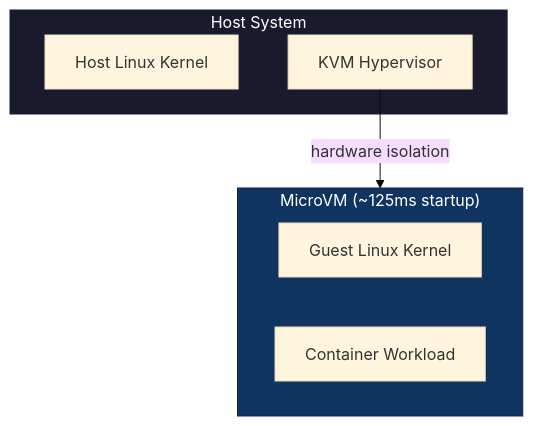
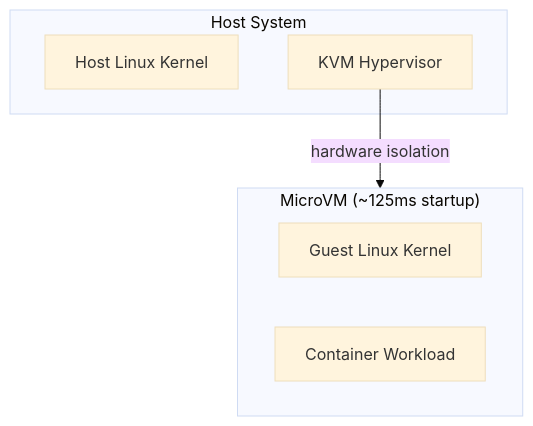
One commit to novotnyllc/ContainAI changed the seventh of 8 diagrams in docs/security-comparison.md. Above: the diagram before and after it, drawn with Mermaid (base theme). The commit also changed other lines of this file and 14 other files, not shown here.

````diff
--- a/docs/security-comparison.md
+++ b/docs/security-comparison.md
@@ -332,17 +317,15 @@
 ```mermaid
 flowchart TB
     subgraph Host["Host System"]
         HostKernel["Host Linux Kernel"]
         KVM["KVM Hypervisor"]
     end
 
     subgraph MicroVM["MicroVM (~125ms startup)"]
         GuestKernel["Guest Linux Kernel"]
         Container["Container Workload"]
     end
 
     KVM -->|"hardware isolation"| MicroVM
 
-    style Host fill:#1a1a2e,stroke:#16213e,color:#fff
-    style MicroVM fill:#0f3460,stroke:#16213e,color:#fff
 ```
````
